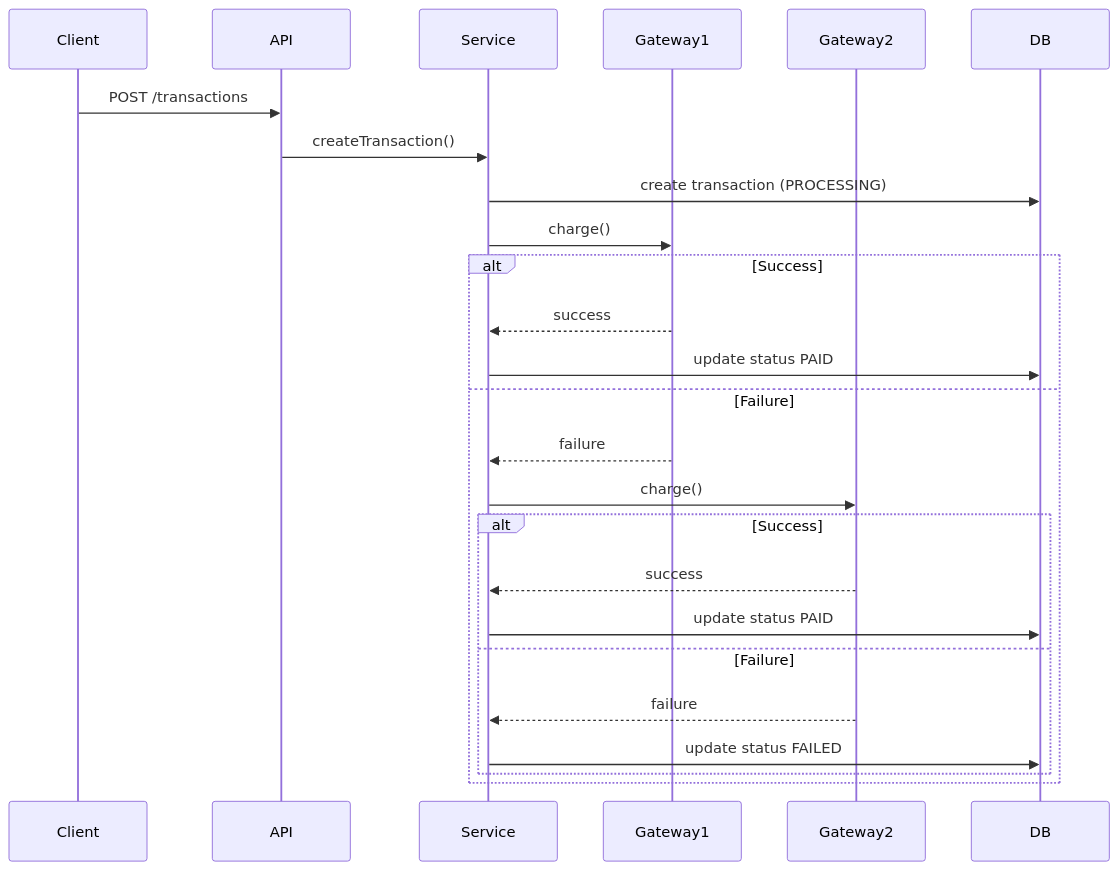
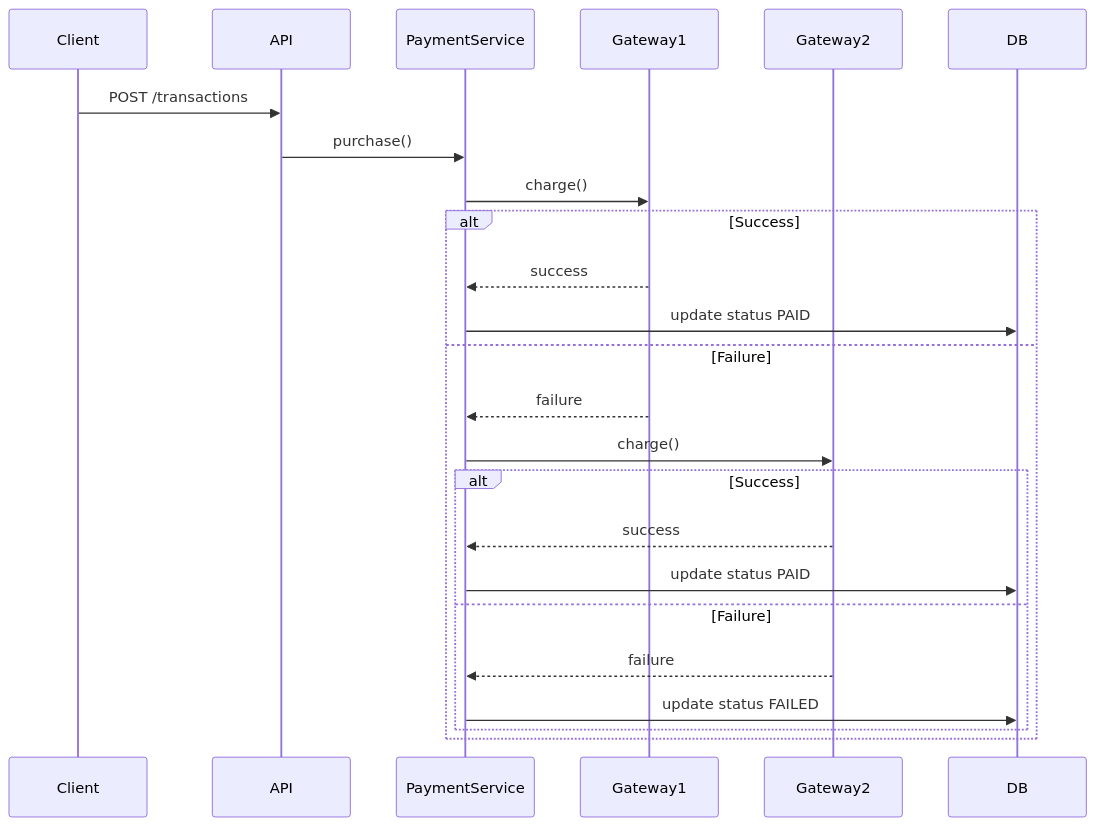
The third of 4 diagrams in README.md (Henri-Di/bemobile-backend-challenge), drawn with Mermaid before and after one commit. The commit also changed other lines of this file, not shown here.

Commit message:
docs: enhance README with architecture diagrams, payment flows, ER model and improved project documentation

````diff
--- a/README.md
+++ b/README.md
@@ -279,33 +280,31 @@
 ```mermaid
 sequenceDiagram
 
 participant Client
 participant API
-participant Service
+participant PaymentService
 participant Gateway1
 participant Gateway2
 participant DB
 
 Client->>API: POST /transactions
-API->>Service: createTransaction()
+API->>PaymentService: purchase()
 
-Service->>DB: create transaction (PROCESSING)
-
-Service->>Gateway1: charge()
+PaymentService->>Gateway1: charge()
 
 alt Success
-Gateway1-->>Service: success
-Service->>DB: update status PAID
+Gateway1-->>PaymentService: success
+PaymentService->>DB: update status PAID
 else Failure
-Gateway1-->>Service: failure
-Service->>Gateway2: charge()
+Gateway1-->>PaymentService: failure
+PaymentService->>Gateway2: charge()
 
 alt Success
-Gateway2-->>Service: success
-Service->>DB: update status PAID
+Gateway2-->>PaymentService: success
+PaymentService->>DB: update status PAID
 else Failure
-Gateway2-->>Service: failure
-Service->>DB: update status FAILED
+Gateway2-->>PaymentService: failure
+PaymentService->>DB: update status FAILED
 end
 end
 ```
````
